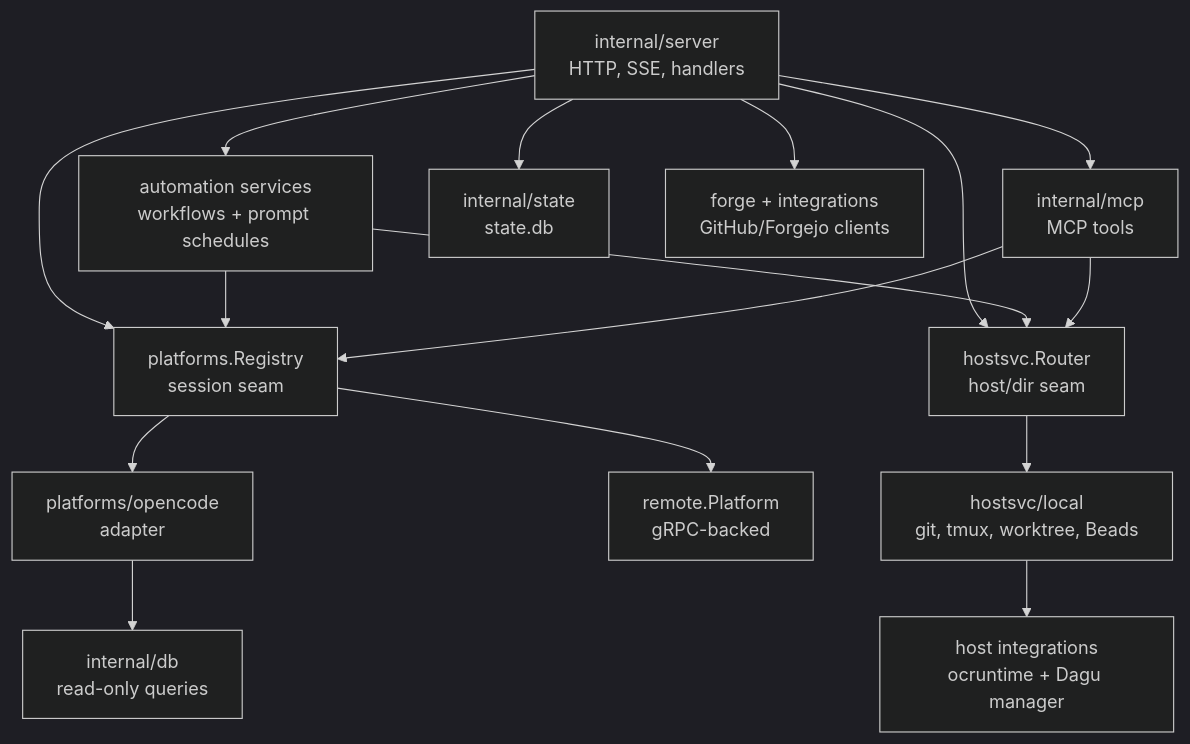
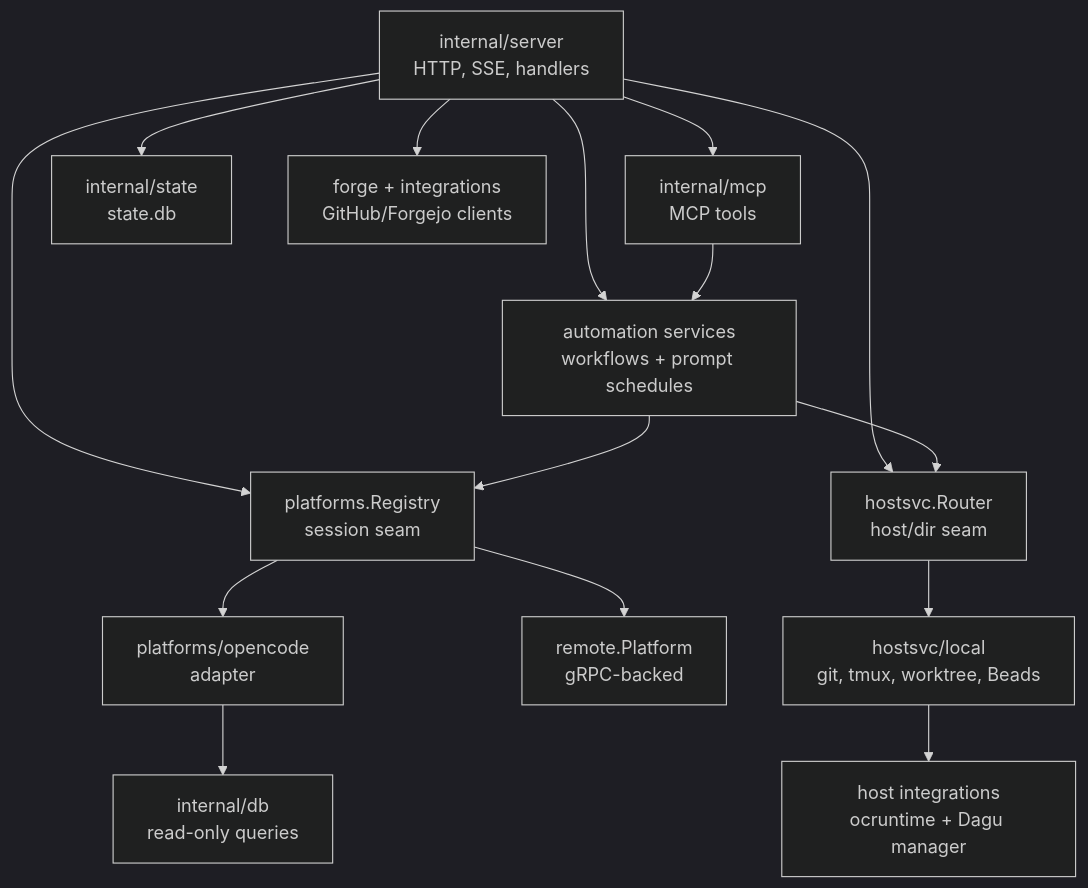
Before and after one commit to ocman/ocman: the third of 5 diagrams in docs/other/architecture.md, drawn with Mermaid (dark theme). The commit also changed 19 other files, not shown here.

````diff
--- a/docs/other/architecture.md
+++ b/docs/other/architecture.md
@@ -88,18 +88,17 @@
 ```mermaid
 flowchart TD
     Server[internal/server<br/>HTTP, SSE, handlers] --> Registry[platforms.Registry<br/>session seam]
     Server --> Router[hostsvc.Router<br/>host/dir seam]
     Server --> Workflows[automation services<br/>workflows + prompt schedules]
     Workflows --> Registry
     Workflows --> Router
     Server --> MCP[internal/mcp<br/>MCP tools]
-    MCP --> Registry
-    MCP --> Router
+    MCP --> Workflows
     Registry --> OC[platforms/opencode<br/>adapter]
     Registry --> RP[remote.Platform<br/>gRPC-backed]
     OC --> DB[internal/db<br/>read-only queries]
     Router --> Local[hostsvc/local<br/>git, tmux, worktree, Beads]
     Local --> HostTools[host integrations<br/>ocruntime + Dagu manager]
     Server --> State[internal/state<br/>state.db]
     Server --> Forge[forge + integrations<br/>GitHub/Forgejo clients]
 ```
````
